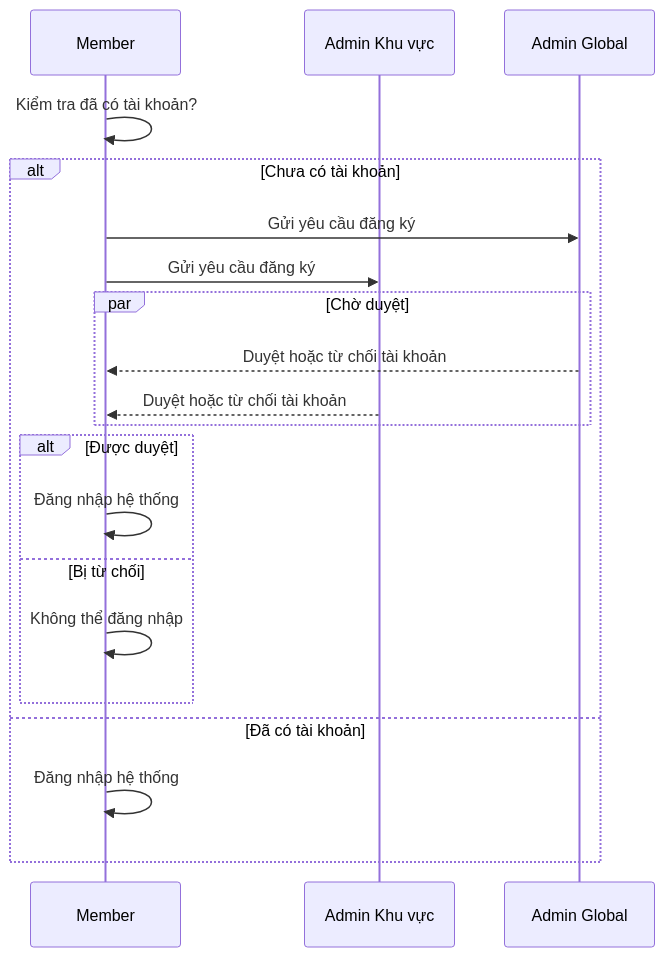
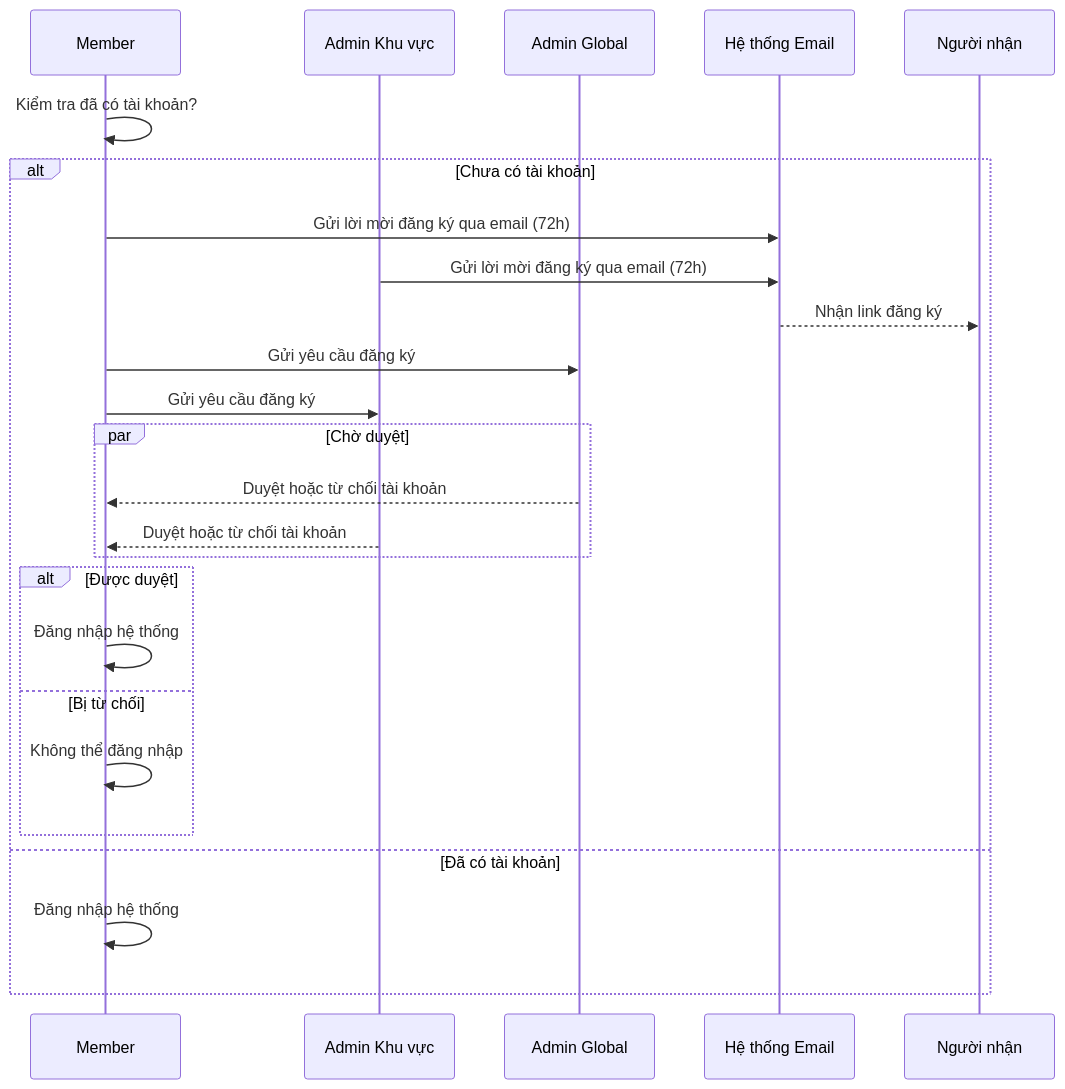
The diagram in register_vi.mmd (yopaz-tuanta/aloha-mermaid), drawn with Mermaid before and after one commit. The commit also changed 3 other files, not shown here.

```diff
--- a/register_vi.mmd
+++ b/register_vi.mmd
@@ -1,21 +1,26 @@
 sequenceDiagram
     participant M as Member
     participant CA as Admin Khu vực
     participant GA as Admin Global
+    participant Mail as Hệ thống Email
 
     M->>M: Kiểm tra đã có tài khoản?
     alt Chưa có tài khoản
+        M->>Mail: Gửi lời mời đăng ký qua email (72h)
+        CA->>Mail: Gửi lời mời đăng ký qua email (72h)
+        Mail-->>Người nhận: Nhận link đăng ký
+
         M->>GA: Gửi yêu cầu đăng ký
         M->>CA: Gửi yêu cầu đăng ký
         par Chờ duyệt
             GA-->>M: Duyệt hoặc từ chối tài khoản
             CA-->>M: Duyệt hoặc từ chối tài khoản
         end
         alt Được duyệt
             M->>M: Đăng nhập hệ thống
         else Bị từ chối
             M->>M: Không thể đăng nhập
         end
     else Đã có tài khoản
         M->>M: Đăng nhập hệ thống
     end
```
